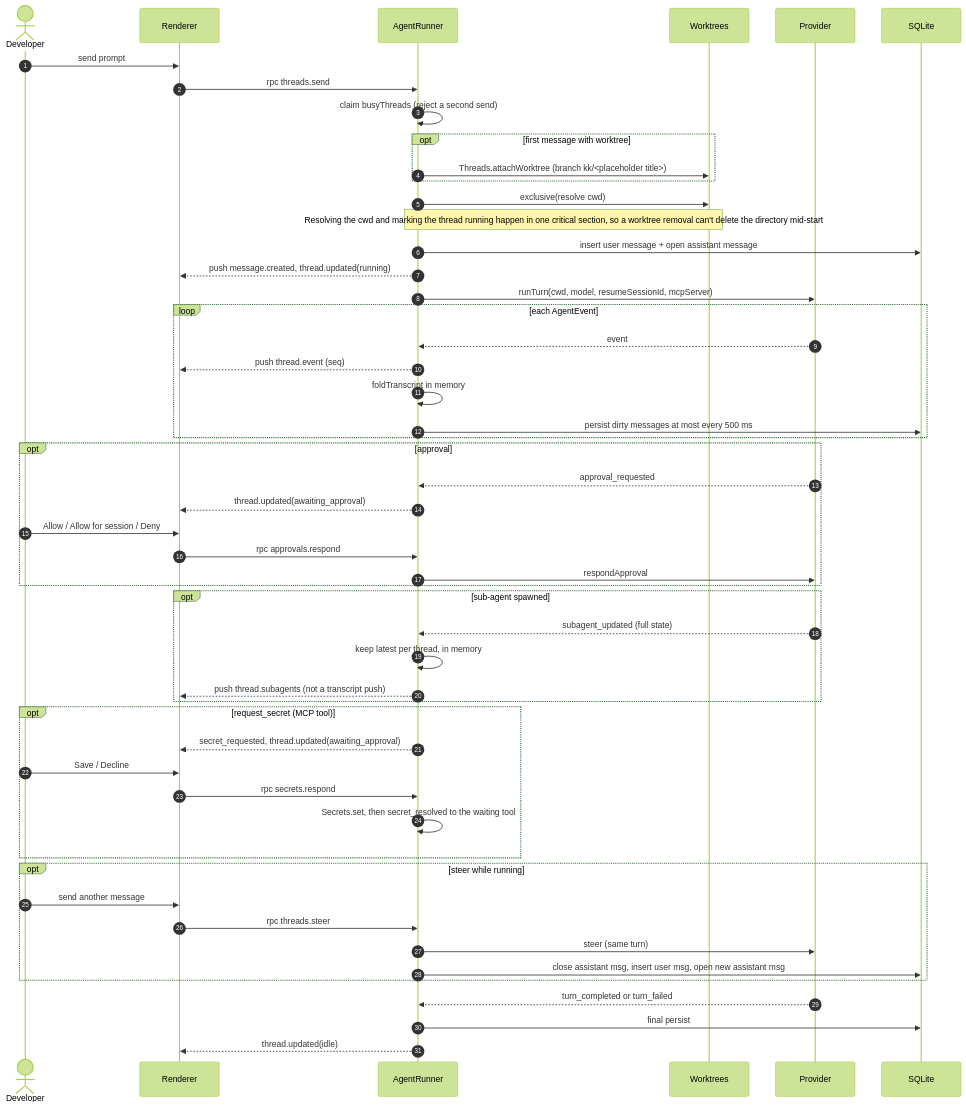
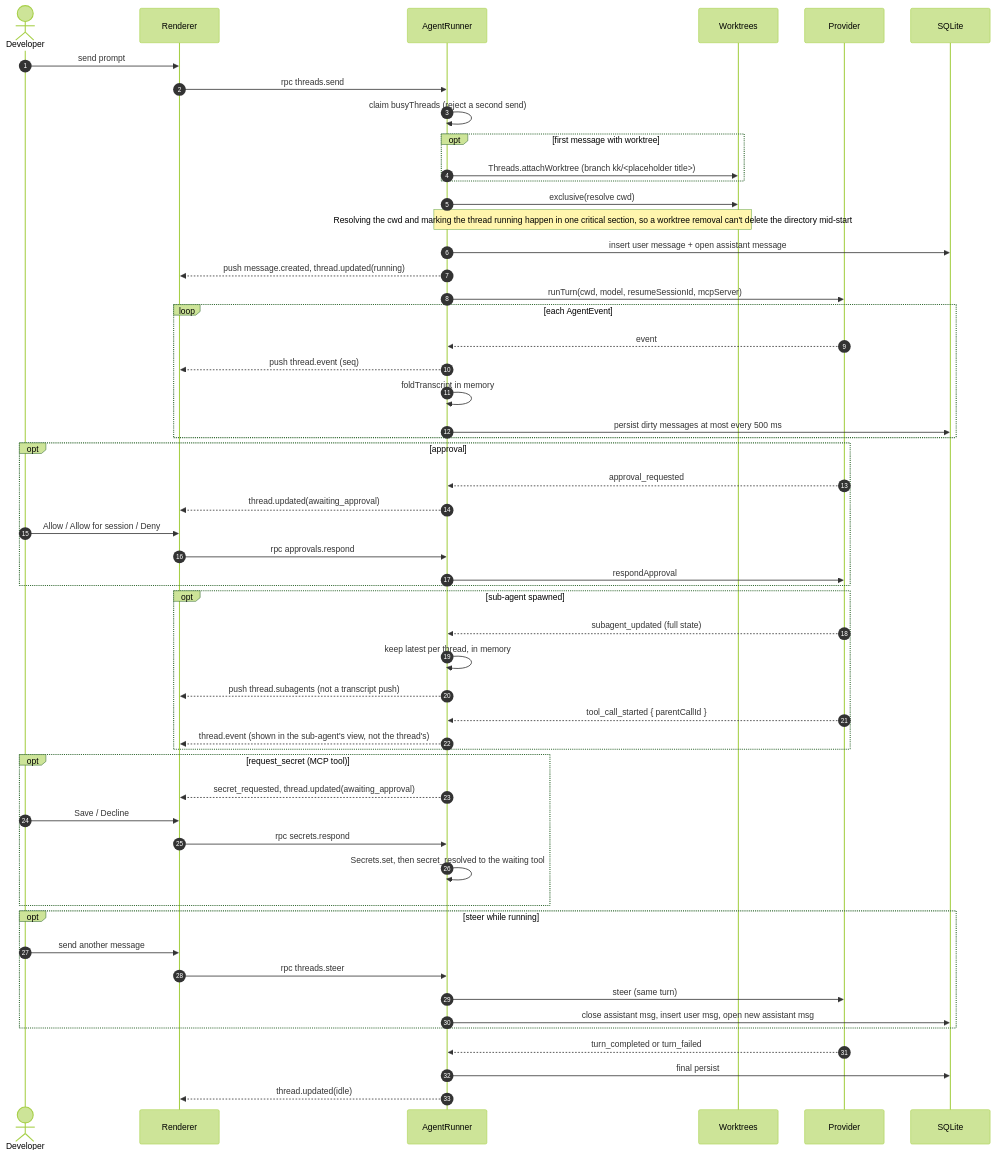
Before and after one commit to hinadev-ai/hinacode: the fifth of 15 diagrams in docs/arch.md, drawn with Mermaid (forest theme). The commit also changed 1 other file, not shown here.

Commit message:
docs(agents): describe the sub-agent view

````diff
--- a/docs/arch.md
+++ b/docs/arch.md
@@ -131,55 +131,57 @@
 ```mermaid
 sequenceDiagram
   autonumber
   actor Dev as Developer
   participant R as Renderer
   participant AR as AgentRunner
   participant WT as Worktrees
   participant P as Provider
   participant DB as SQLite
 
   Dev->>R: send prompt
   R->>AR: rpc threads.send
   AR->>AR: claim busyThreads (reject a second send)
   opt first message with worktree
     AR->>WT: Threads.attachWorktree (branch kk/<placeholder title>)
   end
   AR->>WT: exclusive(resolve cwd)
   Note over AR,WT: Resolving the cwd and marking the thread running happen in one critical section, so a worktree removal can't delete the directory mid-start
   AR->>DB: insert user message + open assistant message
   AR-->>R: push message.created, thread.updated(running)
   AR->>P: runTurn(cwd, model, resumeSessionId, mcpServer)
   loop each AgentEvent
     P-->>AR: event
     AR-->>R: push thread.event (seq)
     AR->>AR: foldTranscript in memory
     AR->>DB: persist dirty messages at most every 500 ms
   end
   opt approval
     P-->>AR: approval_requested
     AR-->>R: thread.updated(awaiting_approval)
     Dev->>R: Allow / Allow for session / Deny
     R->>AR: rpc approvals.respond
     AR->>P: respondApproval
   end
   opt sub-agent spawned
     P-->>AR: subagent_updated (full state)
     AR->>AR: keep latest per thread, in memory
     AR-->>R: push thread.subagents (not a transcript push)
+    P-->>AR: tool_call_started { parentCallId }
+    AR-->>R: thread.event (shown in the sub-agent's view, not the thread's)
   end
   opt request_secret (MCP tool)
     AR-->>R: secret_requested, thread.updated(awaiting_approval)
     Dev->>R: Save / Decline
     R->>AR: rpc secrets.respond
     AR->>AR: Secrets.set, then secret_resolved to the waiting tool
   end
   opt steer while running
     Dev->>R: send another message
     R->>AR: rpc threads.steer
     AR->>P: steer (same turn)
     AR->>DB: close assistant msg, insert user msg, open new assistant msg
   end
   P-->>AR: turn_completed or turn_failed
   AR->>DB: final persist
   AR-->>R: thread.updated(idle)
 ```
````
